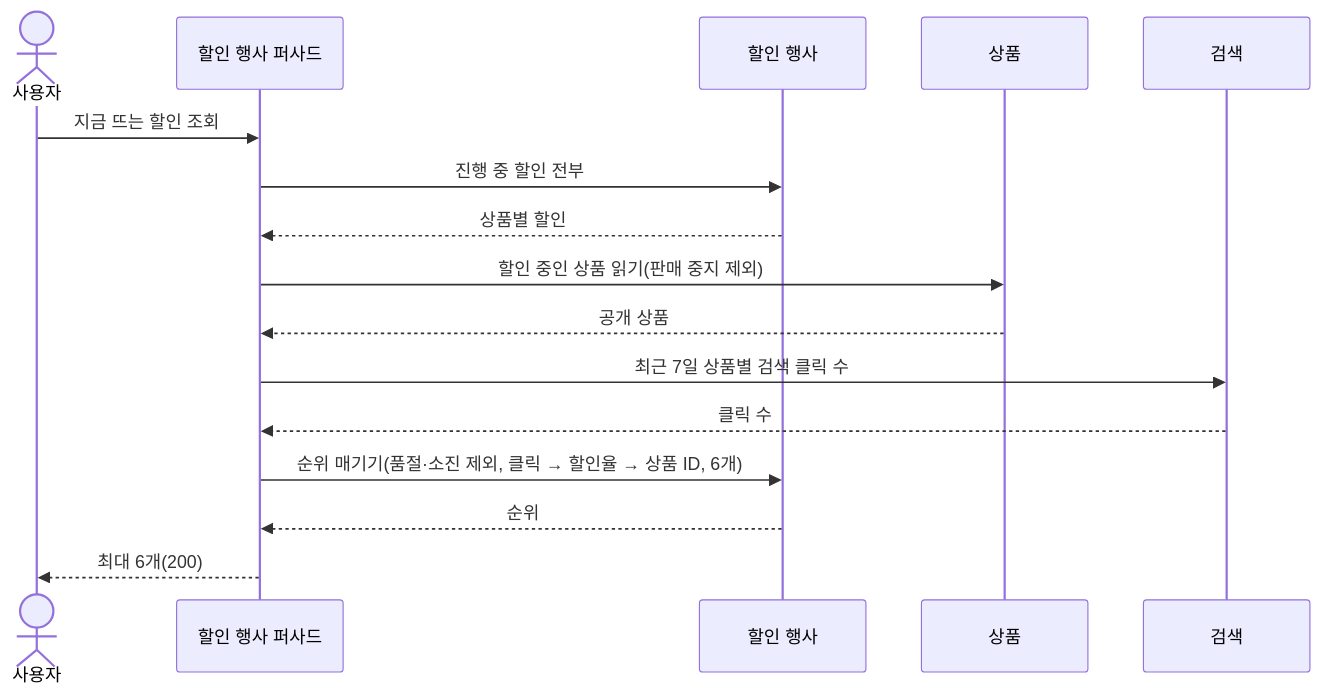
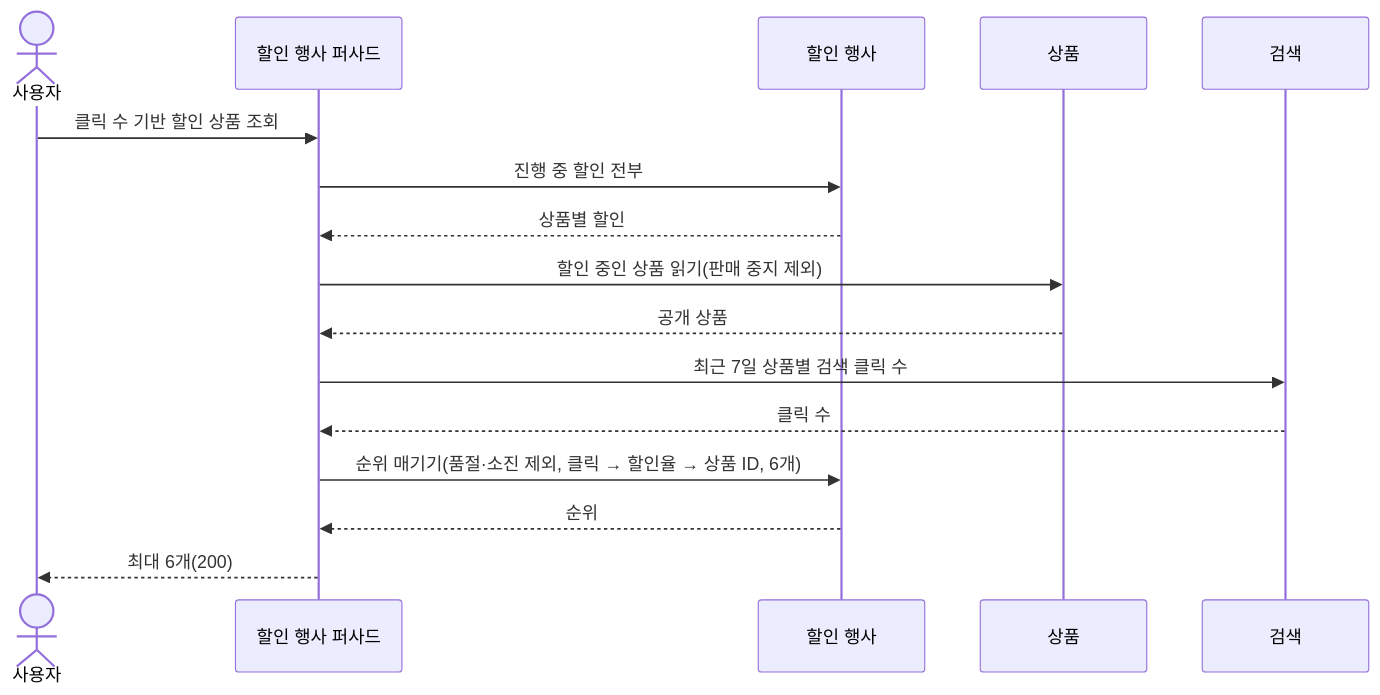
The third of 4 diagrams in docs/architecture/domains/sale-event.md (sparta-final-4/take-care-of-my-fridge), drawn with Mermaid before and after one commit. The commit also changed other lines of this file and 4 other files, not shown here.

````diff
--- a/docs/architecture/domains/sale-event.md
+++ b/docs/architecture/domains/sale-event.md
@@ -75,18 +75,18 @@
 ```mermaid
 sequenceDiagram
     actor 사용자
     participant 퍼사드 as 할인 행사 퍼사드
     participant 할인 as 할인 행사
     participant 상품
     participant 검색
-    사용자->>퍼사드: 지금 뜨는 할인 조회
+    사용자->>퍼사드: 클릭 수 기반 할인 상품 조회
     퍼사드->>할인: 진행 중 할인 전부
     할인-->>퍼사드: 상품별 할인
     퍼사드->>상품: 할인 중인 상품 읽기(판매 중지 제외)
     상품-->>퍼사드: 공개 상품
     퍼사드->>검색: 최근 7일 상품별 검색 클릭 수
     검색-->>퍼사드: 클릭 수
     퍼사드->>할인: 순위 매기기(품절·소진 제외, 클릭 → 할인율 → 상품 ID, 6개)
     할인-->>퍼사드: 순위
     퍼사드-->>사용자: 최대 6개(200)
 ```
````
